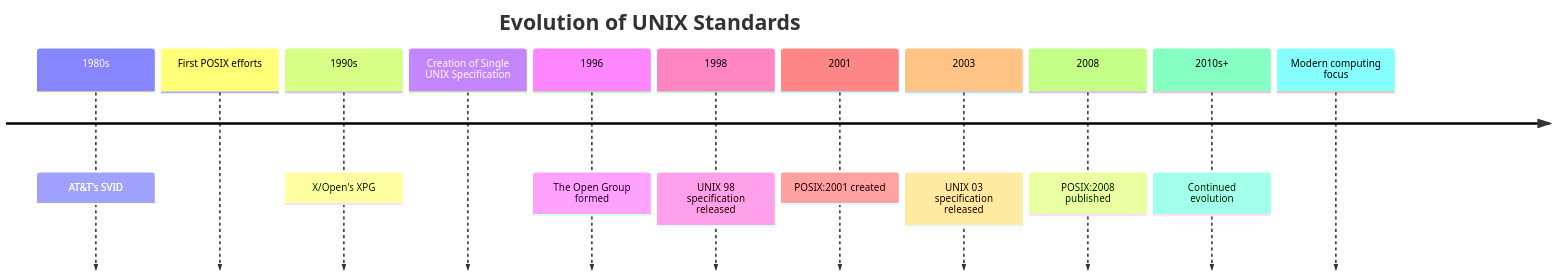
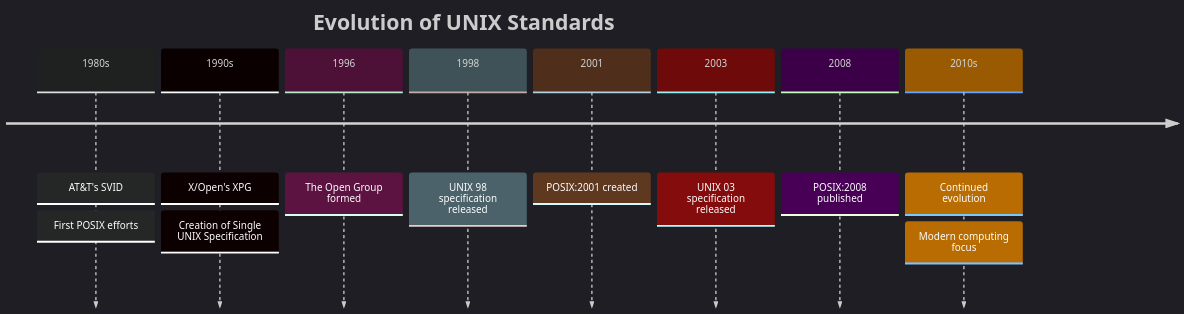
Before and after one commit to Ananya-Addisu/Endless-OS: the seventh of 9 diagrams in README.md, drawn with Mermaid. The commit also changed other lines of this file, not shown here.

````diff
--- a/README.md
+++ b/README.md
@@ -385,15 +412,16 @@
 ```mermaid
+%%{init: {'theme': 'dark'}}%%
 timeline
     title Evolution of UNIX Standards
     1980s : AT&T's SVID
-           First POSIX efforts
+          : First POSIX efforts
     1990s : X/Open's XPG
-           Creation of Single UNIX Specification
+          : Creation of Single UNIX Specification
     1996 : The Open Group formed
     1998 : UNIX 98 specification released
     2001 : POSIX:2001 created
     2003 : UNIX 03 specification released
     2008 : POSIX:2008 published
-    2010s+ : Continued evolution
-             Modern computing focus
+    2010s : Continued evolution
+          : Modern computing focus
 ```
````
